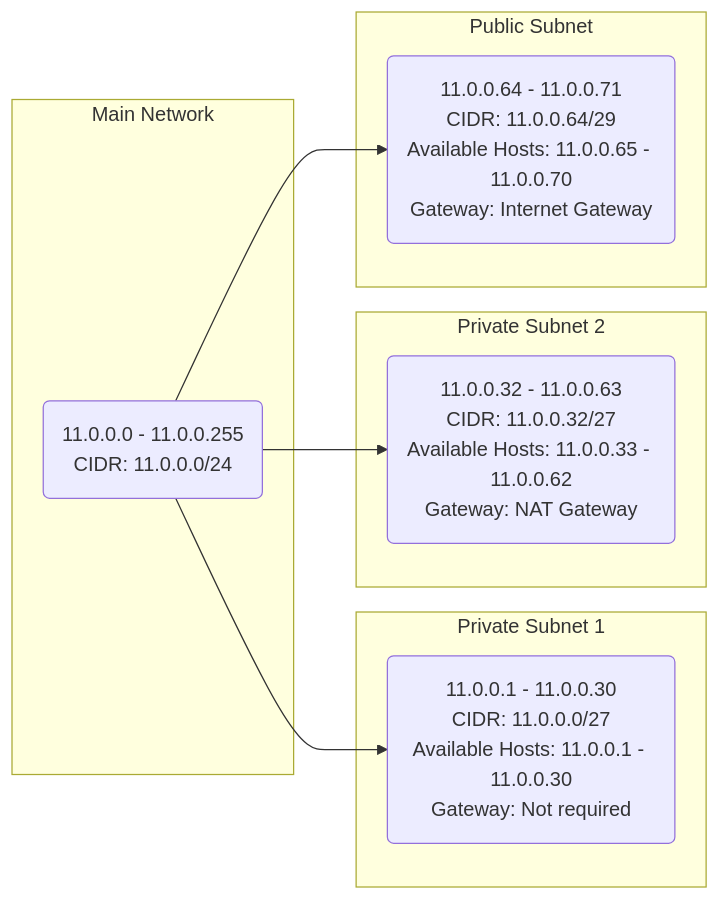
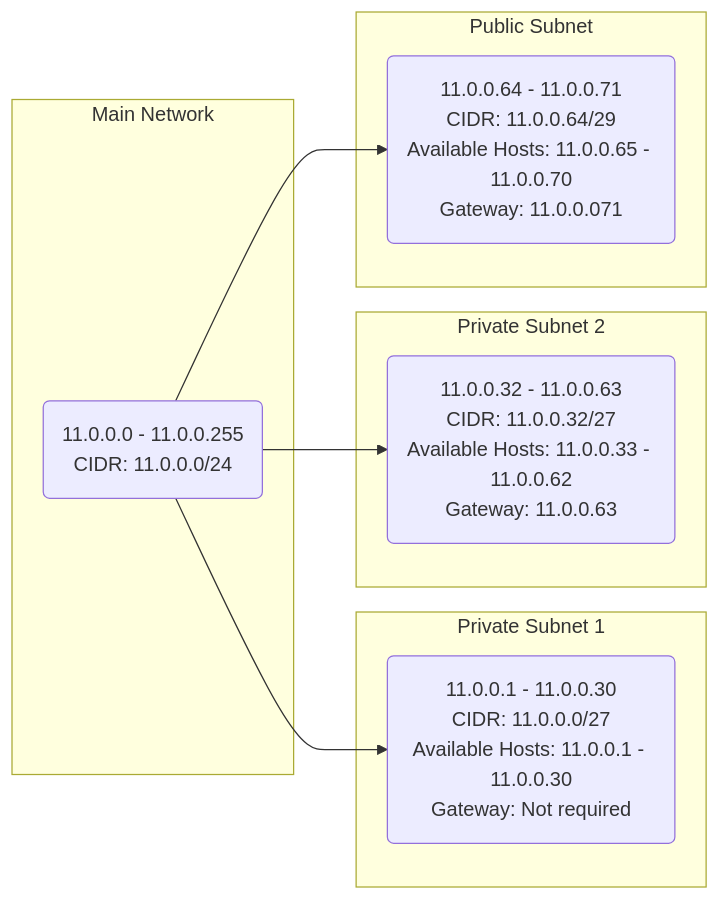
One commit to techgrounds/techgrounds-techgroundsStudent changed the diagram in 02_NTW/02_NTW_06_Subnetten/verslag.md. Above: the diagram before and after it, drawn with Mermaid. The commit also changed 1 other file, not shown here.

````diff
--- a/02_NTW/02_NTW_06_Subnetten/verslag.md
+++ b/02_NTW/02_NTW_06_Subnetten/verslag.md
@@ -17,24 +17,24 @@
 ```mermaid
 graph LR;
 
 subgraph Main Network
     subnet11(11.0.0.0 - 11.0.0.255<br/>CIDR: 11.0.0.0/24)
 end;
 
 subgraph Private Subnet 1
     subnet1(11.0.0.1 - 11.0.0.30<br/>CIDR: 11.0.0.0/27<br/>Available Hosts: 11.0.0.1 - 11.0.0.30<br/>Gateway: Not required)
 end;
 
 subgraph Private Subnet 2
-    subnet2(11.0.0.32 - 11.0.0.63<br/>CIDR: 11.0.0.32/27<br/>Available Hosts: 11.0.0.33 - 11.0.0.62<br/>Gateway: NAT Gateway)
+    subnet2(11.0.0.32 - 11.0.0.63<br/>CIDR: 11.0.0.32/27<br/>Available Hosts: 11.0.0.33 - 11.0.0.62<br/>Gateway: 11.0.0.63)
 end;
 
 subgraph Public Subnet
-    subnetPublic(11.0.0.64 - 11.0.0.71<br/>CIDR: 11.0.0.64/29<br/>Available Hosts: 11.0.0.65 - 11.0.0.70<br/>Gateway: Internet Gateway)
+    subnetPublic(11.0.0.64 - 11.0.0.71<br/>CIDR: 11.0.0.64/29<br/>Available Hosts: 11.0.0.65 - 11.0.0.70<br/>Gateway: 11.0.0.071)
 end;
 
 subnet11 --> subnet1;
 subnet11 --> subnet2;
 subnet11 --> subnetPublic;
 
 ```
````
